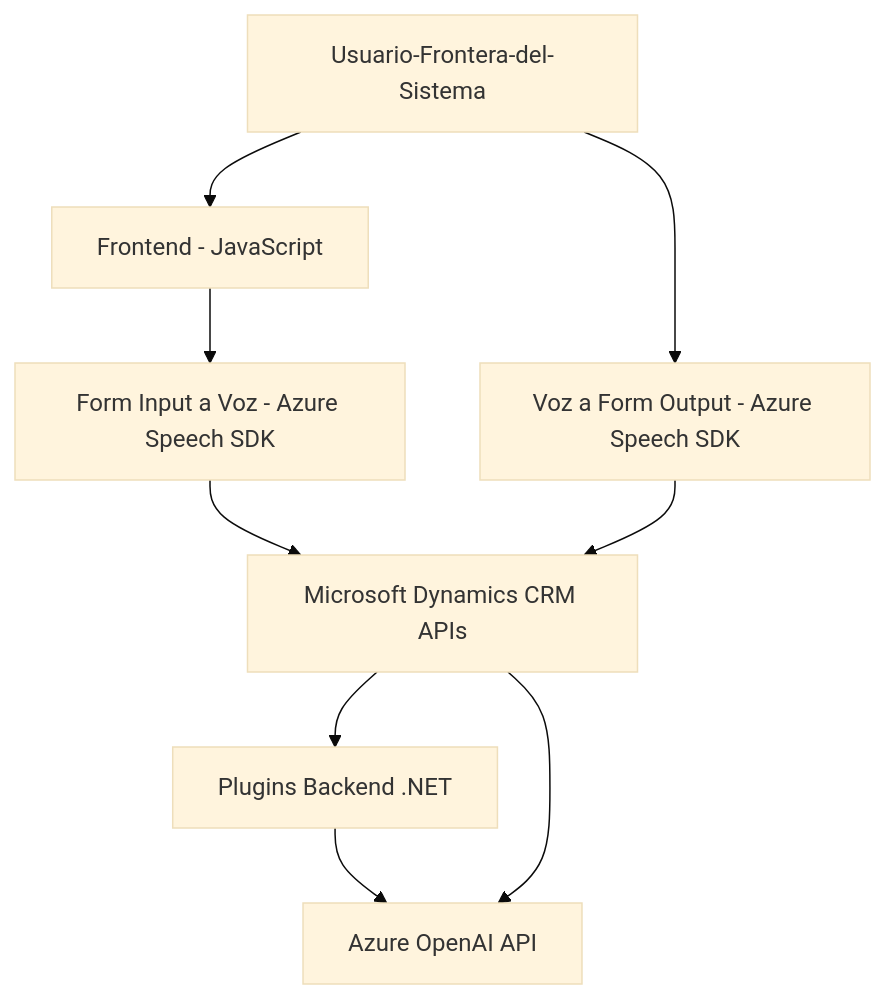
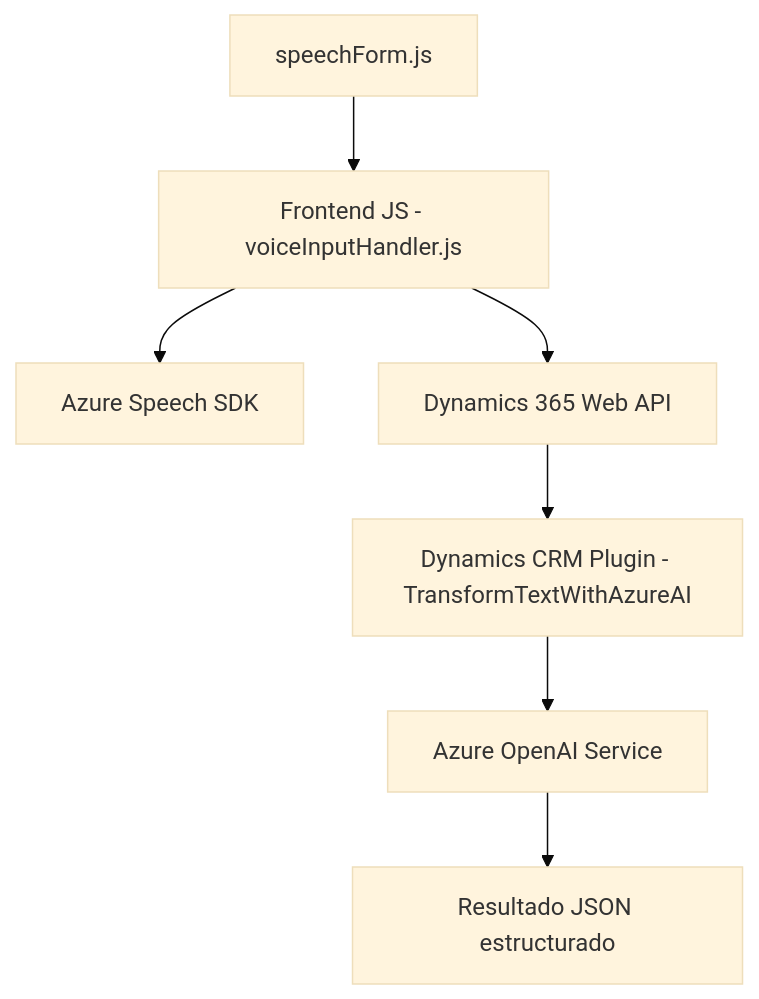
The diagram in README.md (blopezdm/NETCORE_BILBAO2025), drawn with Mermaid (base theme) before and after one commit. The commit also changed other lines of this file, not shown here.

````diff
--- a/README.md
+++ b/README.md
@@ -56,18 +42,9 @@
 ```mermaid
 graph TD
-    A["Usuario-Frontera-del-Sistema"]
-    B["Frontend - JavaScript"]
-    C1["Form Input a Voz - Azure Speech SDK"]
-    C2["Voz a Form Output - Azure Speech SDK"]
-    D["Microsoft Dynamics CRM APIs"]
-    E["Plugins Backend .NET"]
-    F["Azure OpenAI API"]
-
-    A-->B-->C1
-    A-->C2
-    C1-->D
-    C2-->D
-    D-->E
-    E-->F
-    D-->F
+    A["Frontend JS - voiceInputHandler.js"] --> B["Azure Speech SDK"]
+    A --> C["Dynamics 365 Web API"]
+    D["speechForm.js "] --> A
+    C --> E["Dynamics CRM Plugin - TransformTextWithAzureAI"]
+    E --> F["Azure OpenAI Service"]
+    F --> G["Resultado JSON estructurado"]
 ```
````
